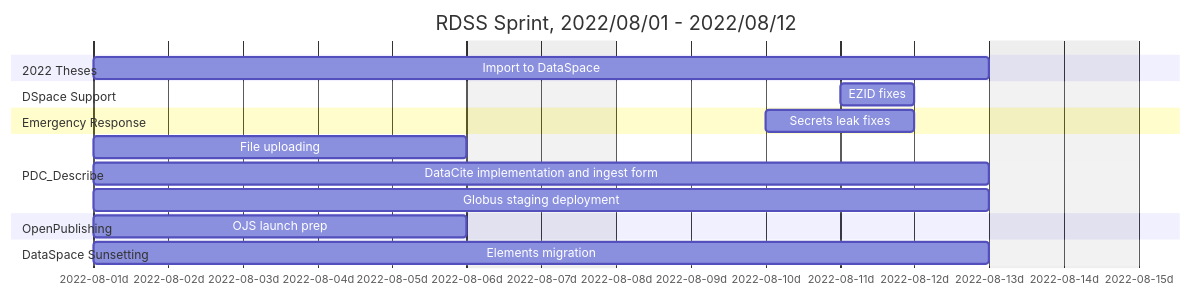
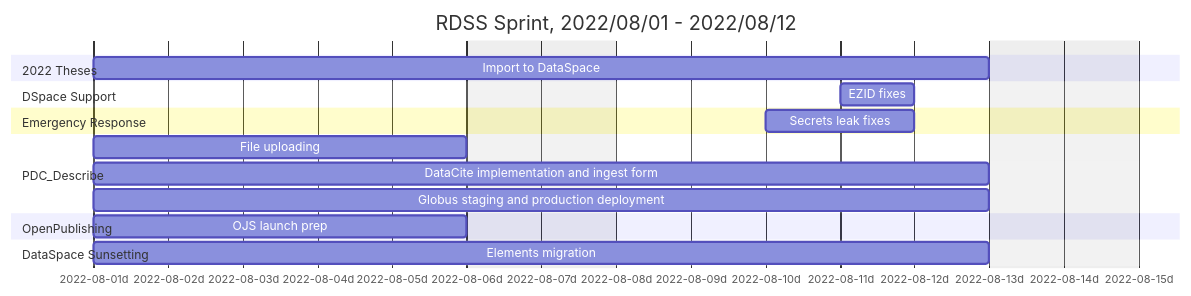
The second of 3 diagrams in roadmap.md (pulibrary/rdss-handbook), drawn with Mermaid before and after one commit.

Commit message:
Added production deployment for Globus

````diff
--- a/roadmap.md
+++ b/roadmap.md
@@ -44,21 +44,21 @@
 ```mermaid
 gantt
     title RDSS Sprint, 2022/08/01 - 2022/08/12
     axisFormat  %Y-%m-%dd
     dateformat YYYY-MM-DD
     excludes    weekends
     section 2022 Theses
     Import to DataSpace: th1, 2022-08-01, 10d
     section DSpace Support
     EZID fixes: 2022-08-11, 1d
     section Emergency Response
     Secrets leak fixes: 2022-08-10, 2d
     section PDC_Describe
     File uploading: pd1, 2022-08-01, 5d
     DataCite implementation and ingest form: pd2, 2022-08-01, 10d
-    Globus staging deployment: 2022-08-01, 10d
+    Globus staging and production deployment: 2022-08-01, 10d
     section OpenPublishing
     OJS launch prep: ojs1, 2022-08-01, 5d
     section DataSpace Sunsetting
     Elements migration: 2022-08-01, 10d
 ```
````
